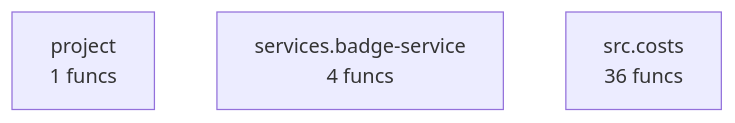
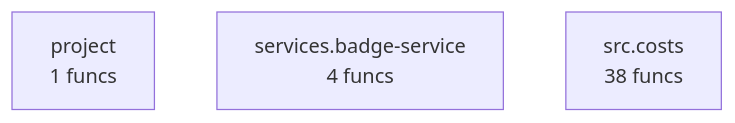
One commit to semcod/cost changed the diagram in project/compact_flow.mmd. Above: the diagram before and after it, drawn with Mermaid. The commit also changed 25 other files, not shown here.

```diff
--- a/project/compact_flow.mmd
+++ b/project/compact_flow.mmd
@@ -1,4 +1,4 @@
 flowchart TD
     project["project<br/>1 funcs"]
     services__badge_service["services.badge-service<br/>4 funcs"]
-    src__costs["src.costs<br/>36 funcs"]
+    src__costs["src.costs<br/>38 funcs"]
```
